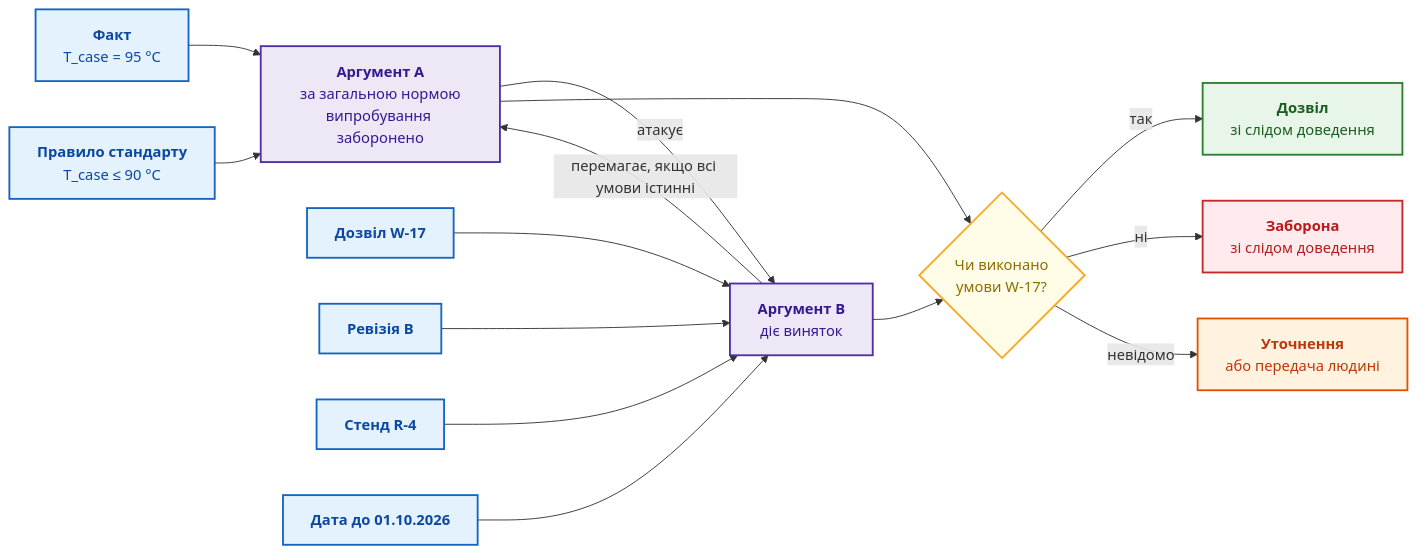
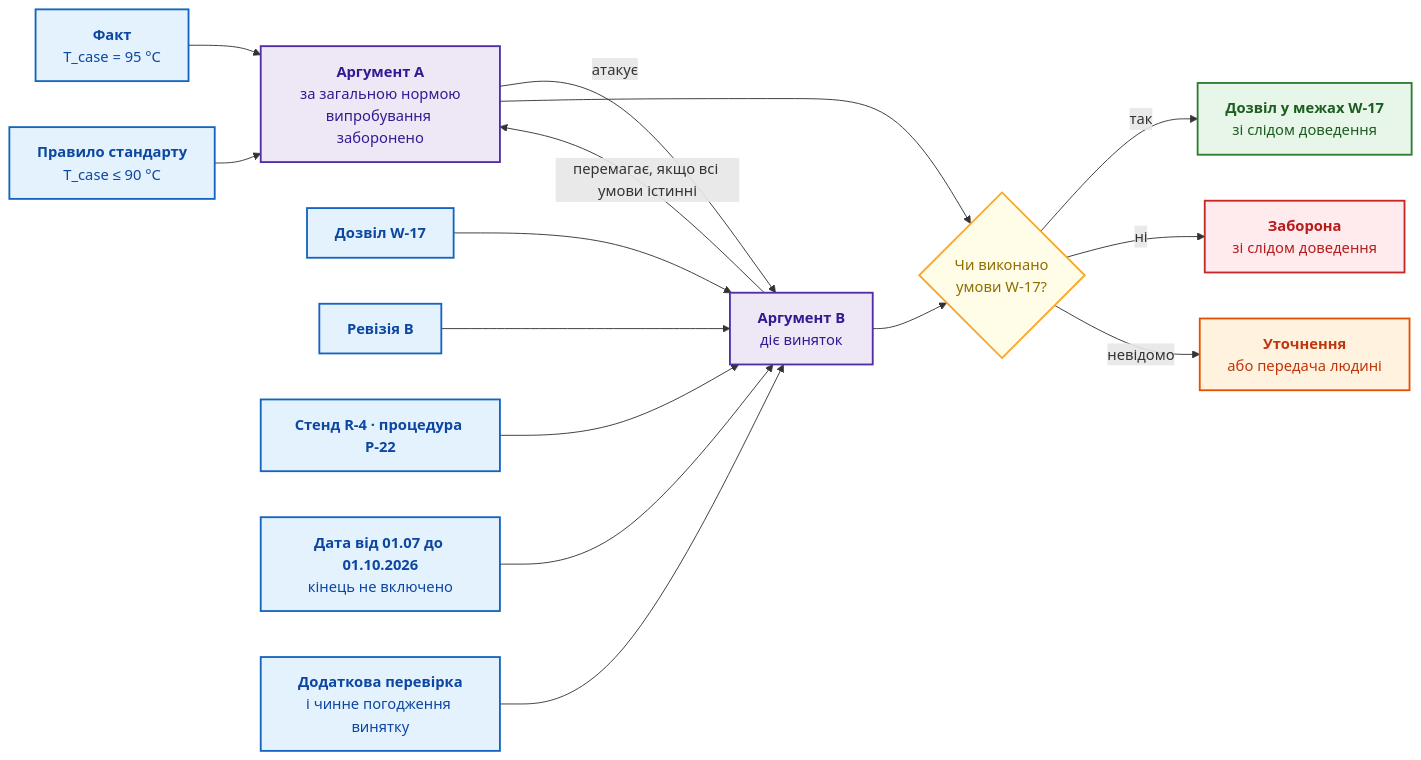
The fifth of 9 diagrams in ExpertSystem/ch02-epistemology-of-machine-knowledge.md (nick-fedchik/articles), drawn with Mermaid before and after one commit. The commit also changed other lines of this file and 19 other files, not shown here.

````diff
--- a/ExpertSystem/ch02-epistemology-of-machine-knowledge.md
+++ b/ExpertSystem/ch02-epistemology-of-machine-knowledge.md
@@ -652,32 +676,33 @@
 ```mermaid
 flowchart LR
-    accTitle: Аргумент стандарту й аргумент винятку
-    accDescr: Аргумент A виводить загальну заборону випробування з температури й правила стандарту. Аргумент B обґрунтовує нормативний виняток за трьома умовами W-17, не спростовуючи факту перевищення 90 градусів. Результат залежить від виконання умов дозволу.
+  accTitle: Аргумент стандарту й аргумент винятку
+    accDescr: Аргумент A підтримує загальну заборону. Аргумент B обґрунтовує виняток лише за виконання всіх умов W-17 та погодженого правила пріоритету. Факт перевищення 90 градусів не скасовується.
 
     F["<b>Факт</b><br/>T_case = 95 °C"] --> A["<b>Аргумент A</b><br/>за загальною нормою<br/>випробування заборонено"]
     R["<b>Правило стандарту</b><br/>T_case ≤ 90 °C"] --> A
     W["<b>Дозвіл W-17</b>"] --> B["<b>Аргумент B</b><br/>діє виняток"]
     C1["<b>Ревізія B</b>"] --> B
-    C2["<b>Стенд R-4</b>"] --> B
-    C3["<b>Дата до 01.10.2026</b>"] --> B
+    C2["<b>Стенд R-4 · процедура P-22</b>"] --> B
+    C3["<b>Дата від 01.07 до 01.10.2026</b><br/>кінець не включено"] --> B
+    C4["<b>Додаткова перевірка</b><br/>і чинне погодження винятку"] --> B
     A -->|"атакує"| B
     B -->|"перемагає, якщо всі умови істинні"| A
     A & B --> ST{"Чи виконано<br/>умови W-17?"}
-    ST -->|"так"| ALLOW["<b>Дозвіл</b><br/>зі слідом доведення"]
+    ST -->|"так"| ALLOW["<b>Дозвіл у межах W-17</b><br/>зі слідом доведення"]
     ST -->|"ні"| DENY["<b>Заборона</b><br/>зі слідом доведення"]
     ST -->|"невідомо"| ESC["<b>Уточнення</b><br/>або передача людині"]
 
     classDef fact fill:#e3f2fd,stroke:#1565c0,stroke-width:2px,color:#0d47a1;
     classDef arg fill:#ede7f6,stroke:#512da8,stroke-width:2px,color:#311b92;
     classDef branch fill:#fffde7,stroke:#f9a825,stroke-width:2px,color:#8d6e00;
     classDef allow fill:#e8f5e9,stroke:#2e7d32,stroke-width:2px,color:#1b5e20;
     classDef deny fill:#ffebee,stroke:#c62828,stroke-width:2px,color:#b71c1c;
     classDef esc fill:#fff3e0,stroke:#e65100,stroke-width:2px,color:#bf360c;
 
-    class F,R,W,C1,C2,C3 fact;
+    class F,R,W,C1,C2,C3,C4 fact;
     class A,B arg;
     class ST branch;
     class ALLOW allow;
     class DENY deny;
     class ESC esc;
 ```
````
